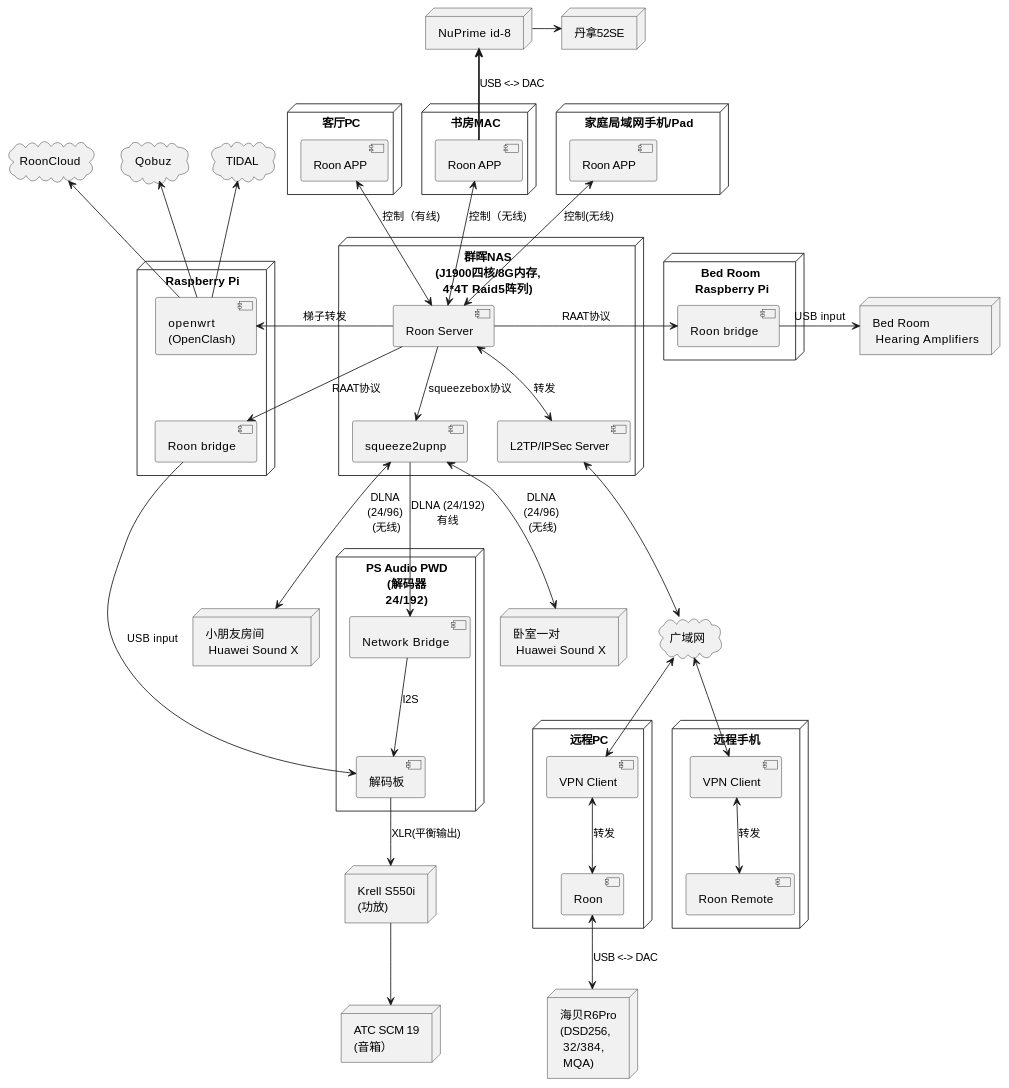
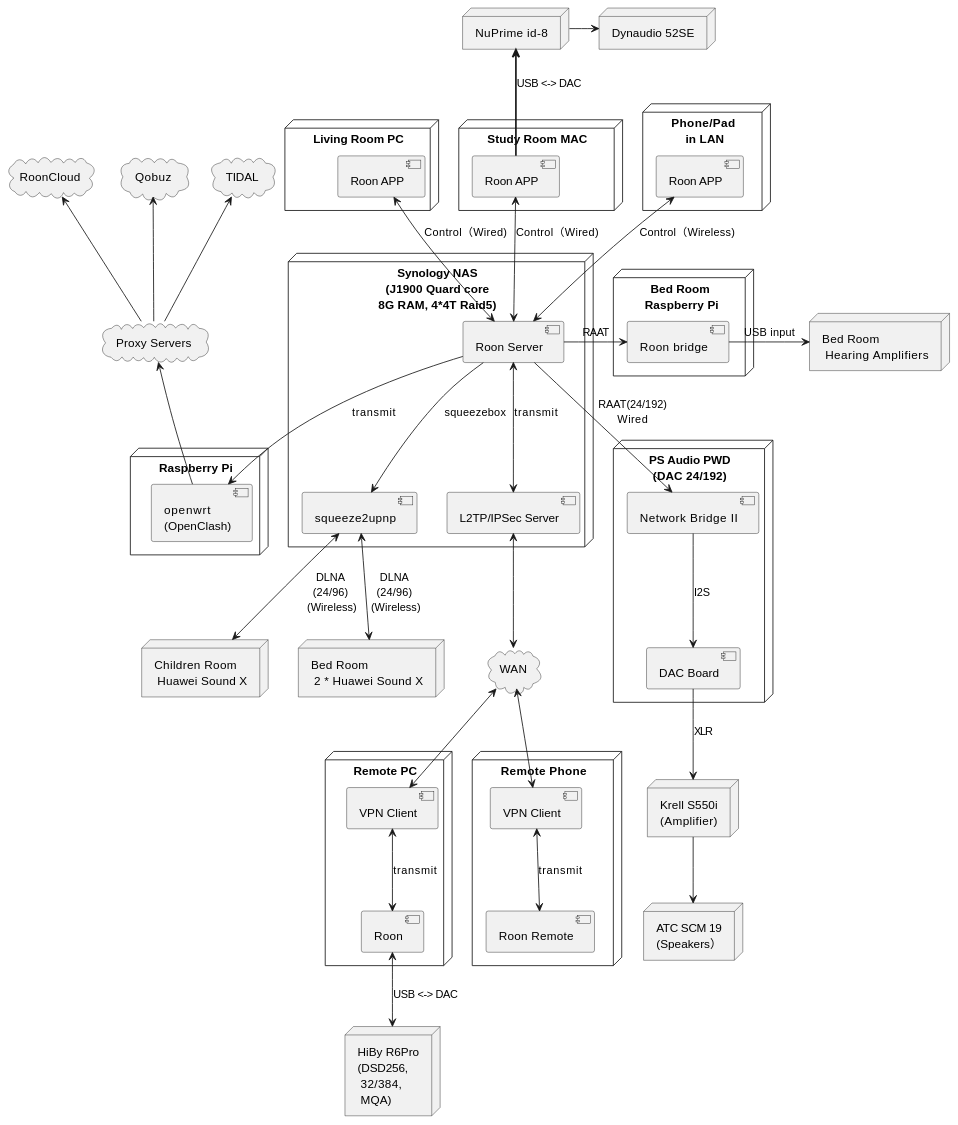
The second of 7 diagrams in digital/Roon/experience.md (hjianhao/docs), drawn with PlantUML before and after one commit. The commit also changed other lines of this file and 1 other file, not shown here.

````diff
--- a/digital/Roon/experience.md
+++ b/digital/Roon/experience.md
@@ -122,96 +126,94 @@
 ``` plantuml
 
-node "PS Audio PWD\n(解码器\n24/192)" as dac {
-    component "Network Bridge" as bridge
-    component "解码板" as bdac
+node "PS Audio PWD\n(DAC 24/192)" as dac {
+    component "Network Bridge II" as bridge
+    component "DAC Board" as bdac
     bridge --> bdac : I2S
 }
 
-node "Krell S550i\n(功放)" as amp
-bdac --> amp : XLR(平衡输出)
+node "Krell S550i\n(Amplifier)" as amp
+bdac --> amp : XLR
 
-node "ATC SCM 19\n(音箱）" as speaker
+node "ATC SCM 19\n(Speakers）" as speaker
 amp --> speaker
 
-node "群晖NAS\n(J1900四核/8G内存,\n4*4T Raid5阵列)" as nas {
+node "Synology NAS\n(J1900 Quard core\n8G RAM, 4*4T Raid5)" as nas {
     component "Roon Server" as roon
     component "squeeze2upnp" as s2u
-    roon --> s2u : squeezebox协议
-    s2u --> bridge : DLNA (24/192)\n有线
+    roon --> s2u : squeezebox
+    roon --> bridge : RAAT(24/192)\nWired
     component "L2TP/IPSec Server" as svpn
-    roon <--> svpn : 转发
+    roon <--> svpn : transmit
 }
 
 node "Raspberry Pi" as pi {
     component "openwrt\n(OpenClash)" as openwrt
-    roon -> openwrt : 梯子转发
-    component "Roon bridge" as rb
-    openwrt -[hidden]-> rb
-    roon -> rb : RAAT协议
-    rb -> bdac : USB input
+    roon --> openwrt : transmit
 }
 
+cloud "Proxy Servers" as proxy
 cloud TIDAL
 cloud Qobuz
 cloud RoonCloud
 
-openwrt -u-> TIDAL
-openwrt -u-> Qobuz
-openwrt -u-> RoonCloud
+openwrt -u-> proxy
+proxy -u-> TIDAL
+proxy -u-> Qobuz
+proxy -u-> RoonCloud
 
 node "Bed Room \n Hearing Amplifiers" as amp1
 
 node "Bed Room\n Raspberry Pi" as pi1 {
     component "Roon bridge" as rb1
-    roon -> rb1 : RAAT协议
+    roon -> rb1 : RAAT
     rb1 -> amp1 : USB input
 }
 
 
-node "客厅PC" as pc {
+node "Living Room PC" as pc {
     component "Roon APP" as roon3
-    roon3 <--> roon : 控制（有线)
+    roon3 <--> roon : Control（Wired)
 }
 
-node "书房MAC" as mac {
+node "Study Room MAC" as mac {
     component "Roon APP" as roon5
-    roon5 <--> roon : 控制（无线)
+    roon5 <--> roon : Control（Wired)
 }
 
 node "NuPrime id-8" as dac1
 roon5 -u=> dac1 : USB <-> DAC
-node "丹拿52SE" as speaker1
+node "Dynaudio 52SE" as speaker1
 dac1 -> speaker1 
 
-node "家庭局域网手机/Pad" as phone {
+node "Phone/Pad\n in LAN" as phone {
     component "Roon APP" as roon4
-    roon4 <--> roon : 控制(无线)
+    roon4 <--> roon : Control（Wireless)
 }
 
-node "小朋友房间\n Huawei Sound X" as soundx
-s2u <--> soundx : DLNA\n(24/96)\n (无线)
+node "Children Room\n Huawei Sound X" as soundx
+s2u <--> soundx : DLNA\n(24/96)\n (Wireless)
 
-node "卧室一对\n Huawei Sound X" as soundx1
-s2u <--> soundx1 : DLNA\n(24/96)\n (无线)
+node "Bed Room\n 2 * Huawei Sound X" as soundx1
+s2u <--> soundx1 : DLNA\n(24/96)\n (Wireless)
 
-cloud "广域网" as wan
+cloud "WAN" as wan
 svpn <--> wan
 
-node "远程PC" as rpc {
+node "Remote PC" as rpc {
     component "VPN Client" as cvpn1
     cvpn1 <-u-> wan
     component "Roon" as roon1
-    cvpn1 <--> roon1 : 转发
+    cvpn1 <--> roon1 : transmit
 }
 
-node "海贝R6Pro\n(DSD256,\n 32/384,\n MQA)" as hiby
+node "HiBy R6Pro\n(DSD256,\n 32/384,\n MQA)" as hiby
 roon1 <--> hiby : USB <-> DAC
 
-node "远程手机" as rphone {
+node "Remote Phone" as rphone {
     component "VPN Client" as cvpn2
     cvpn2 <-u-> wan
     component "Roon Remote" as roon2
-    cvpn2 <--> roon2 : 转发
+    cvpn2 <--> roon2 : transmit
 }
 
 ```
````
